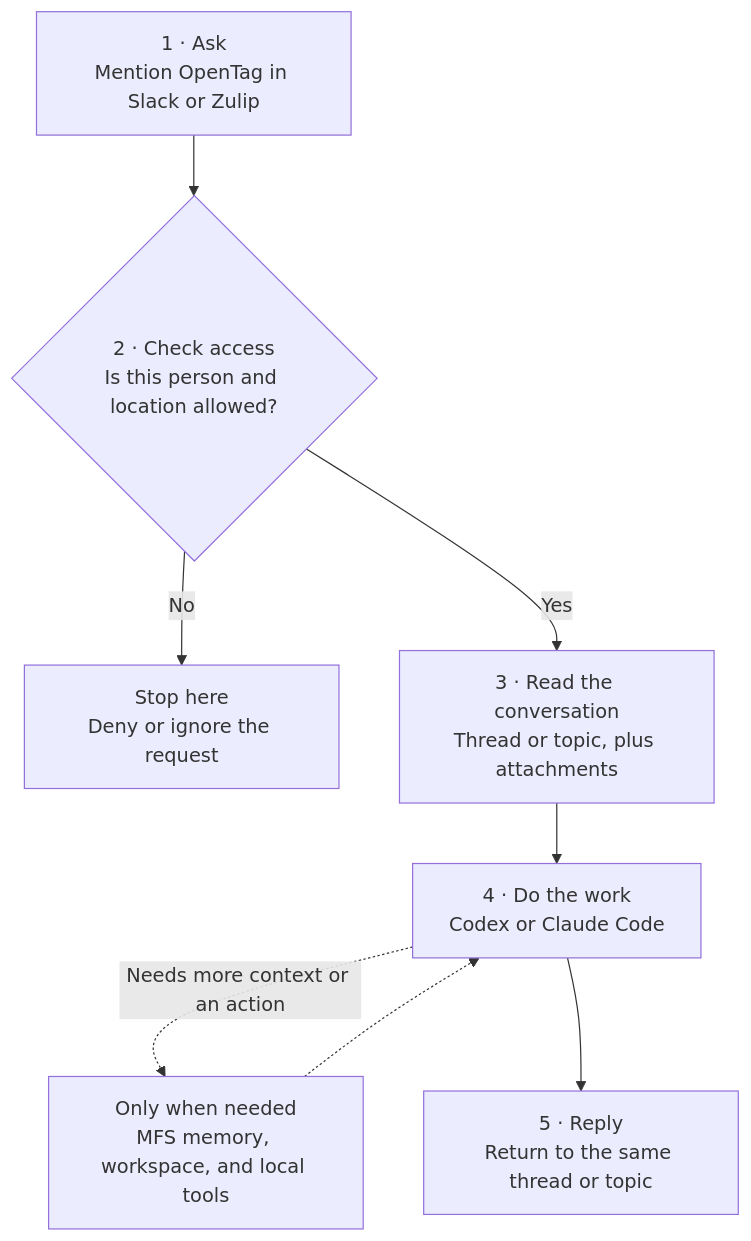
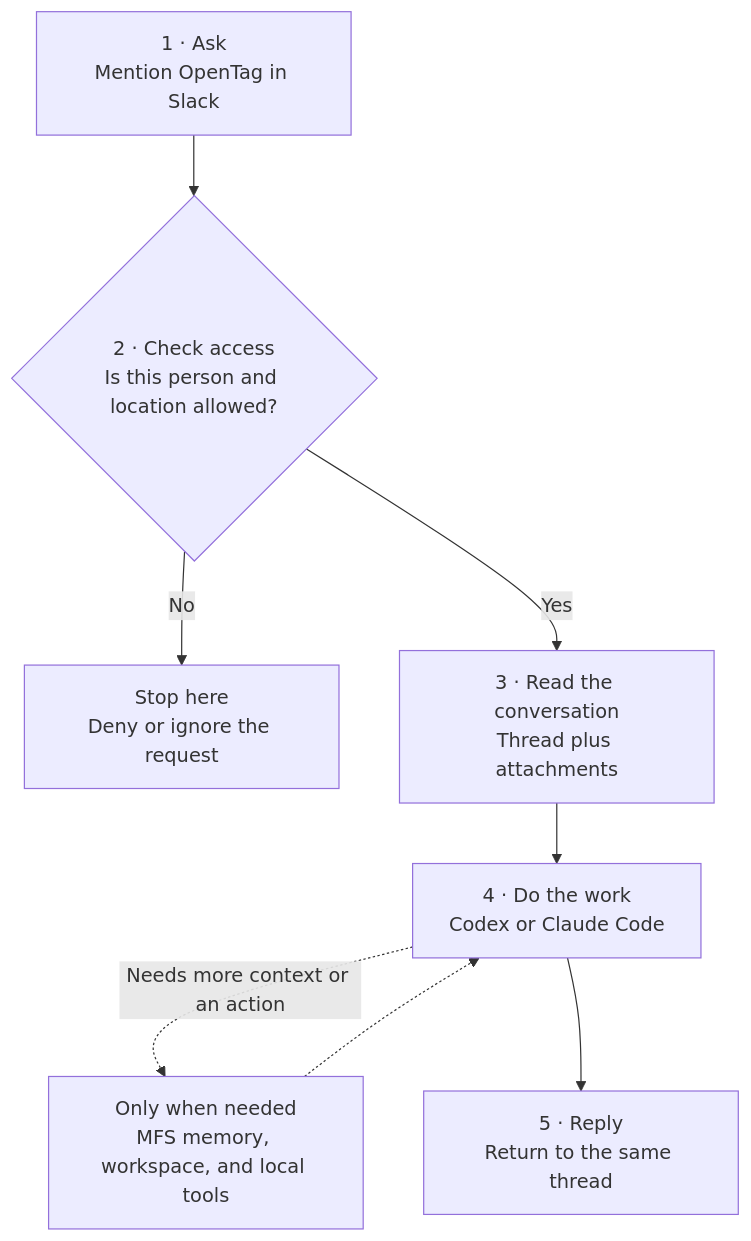
One commit to klovr-co/hover-tag changed the first of 4 diagrams in docs/user-flows.md. Above: the diagram before and after it, drawn with Mermaid. The commit also changed other lines of this file and 22 other files, not shown here.

````diff
--- a/docs/user-flows.md
+++ b/docs/user-flows.md
@@ -20,18 +20,18 @@
 ```mermaid
 flowchart TD
-    Ask["1 · Ask<br/>Mention OpenTag in Slack or Zulip"]
+    Ask["1 · Ask<br/>Mention OpenTag in Slack"]
     Gate{"2 · Check access<br/>Is this person and location allowed?"}
     Stop["Stop here<br/>Deny or ignore the request"]
-    Context["3 · Read the conversation<br/>Thread or topic, plus attachments"]
+    Context["3 · Read the conversation<br/>Thread plus attachments"]
     Brain["4 · Do the work<br/>Codex or Claude Code"]
     Extra["Only when needed<br/>MFS memory, workspace, and local tools"]
-    Reply["5 · Reply<br/>Return to the same thread or topic"]
+    Reply["5 · Reply<br/>Return to the same thread"]
 
     Ask --> Gate
     Gate -->|No| Stop
     Gate -->|Yes| Context
     Context --> Brain
     Brain -.->|Needs more context or an action| Extra
     Extra -.-> Brain
     Brain --> Reply
 ```
````
